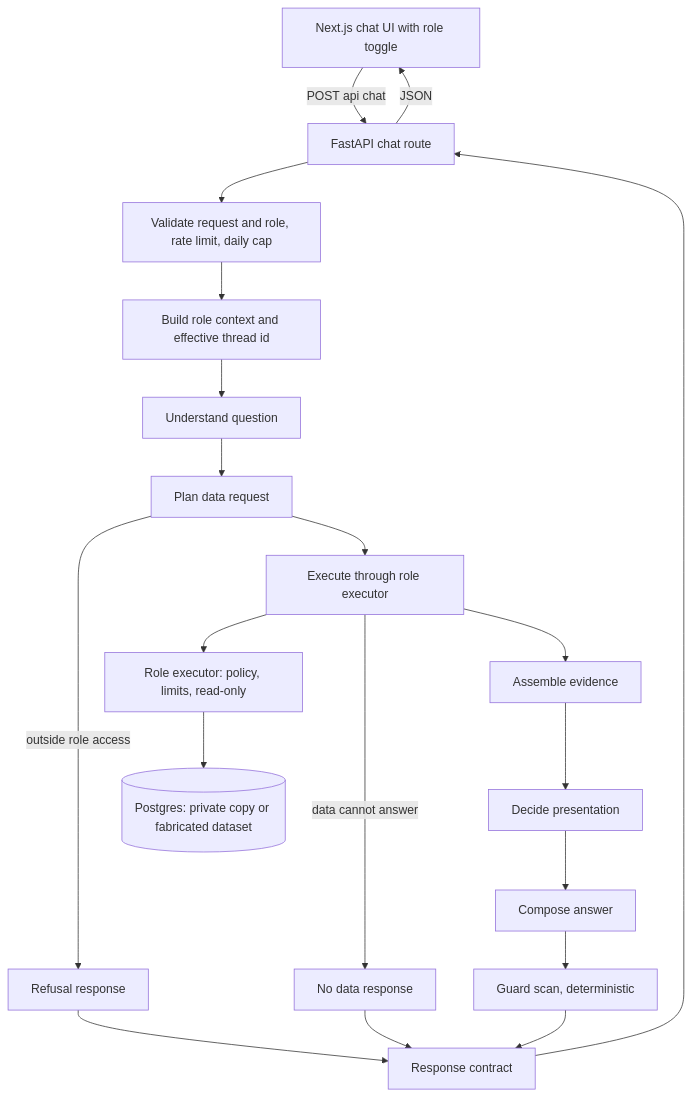
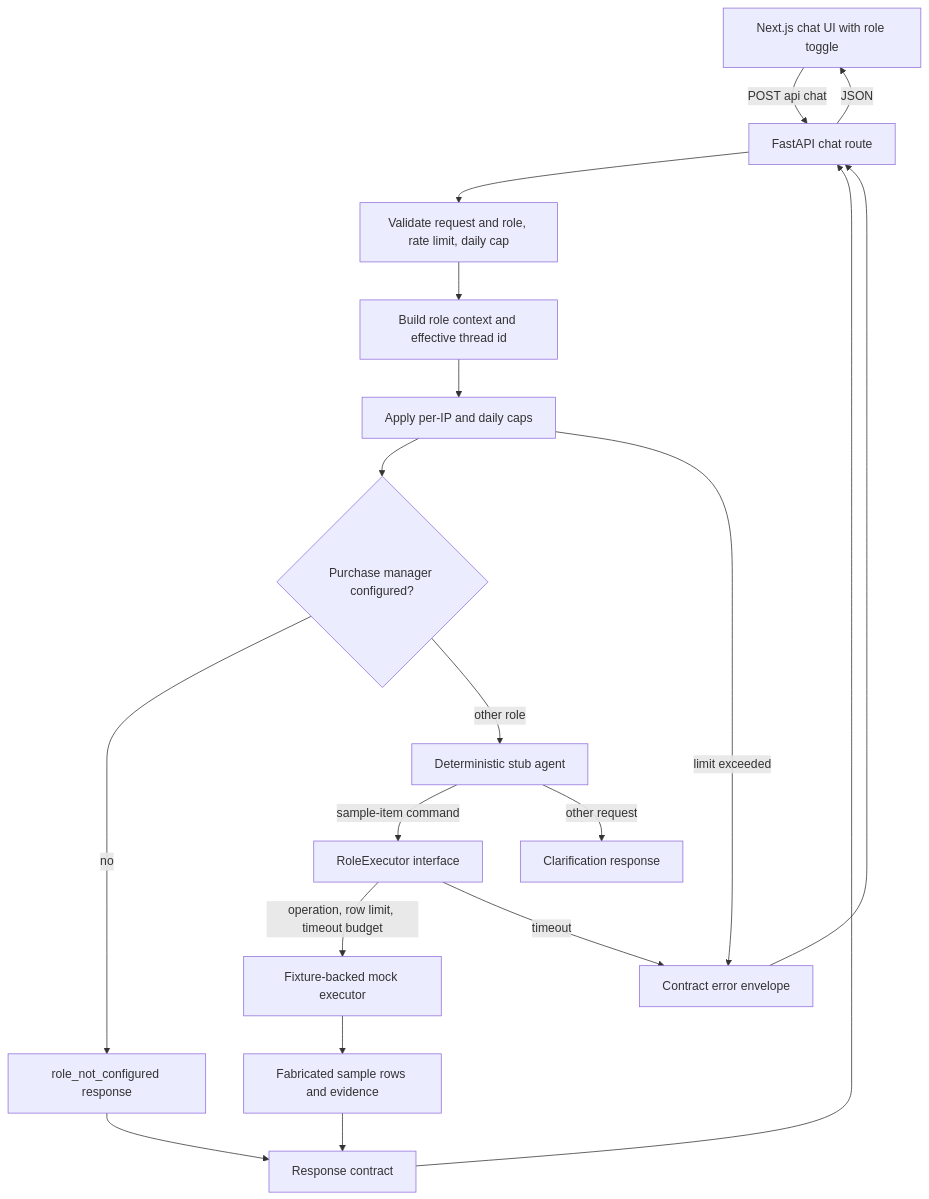
One commit to PiUnknown/project-ledger changed the first of 3 diagrams in Flow.md. Above: the diagram before and after it, drawn with Mermaid. The commit also changed other lines of this file and 94 other files, not shown here.

````diff
--- a/Flow.md
+++ b/Flow.md
@@ -14,22 +13,21 @@
 ```mermaid
 flowchart TD
     UI["Next.js chat UI with role toggle"] -->|"POST api chat"| API["FastAPI chat route"]
     API --> VAL["Validate request and role, rate limit, daily cap"]
     VAL --> CTX["Build role context and effective thread id"]
-    CTX --> U["Understand question"]
-    U --> P["Plan data request"]
-    P -->|"outside role access"| R["Refusal response"]
-    P --> X["Execute through role executor"]
-    X --> EX["Role executor: policy, limits, read-only"]
-    EX --> DB[("Postgres: private copy or fabricated dataset")]
-    X -->|"data cannot answer"| N["No data response"]
-    X --> E["Assemble evidence"]
-    E --> D["Decide presentation"]
-    D --> W["Compose answer"]
-    W --> G["Guard scan, deterministic"]
-    G --> OUT["Response contract"]
+    CTX --> CAP["Apply per-IP and daily caps"]
+    CAP --> PM{"Purchase manager configured?"}
+    PM -->|"no"| R["role_not_configured response"]
+    PM -->|"other role"| STUB["Deterministic stub agent"]
+    STUB -->|"sample-item command"| X["RoleExecutor interface"]
+    STUB -->|"other request"| CLARIFY["Clarification response"]
+    X -->|"operation, row limit, timeout budget"| EX["Fixture-backed mock executor"]
+    EX --> DATA["Fabricated sample rows and evidence"]
+    DATA --> OUT["Response contract"]
+    CAP -->|"limit exceeded"| ERR["Contract error envelope"]
+    X -->|"timeout"| ERR
+    ERR --> API
     R --> OUT
-    N --> OUT
     OUT --> API
     API -->|"JSON"| UI
 ```
````
